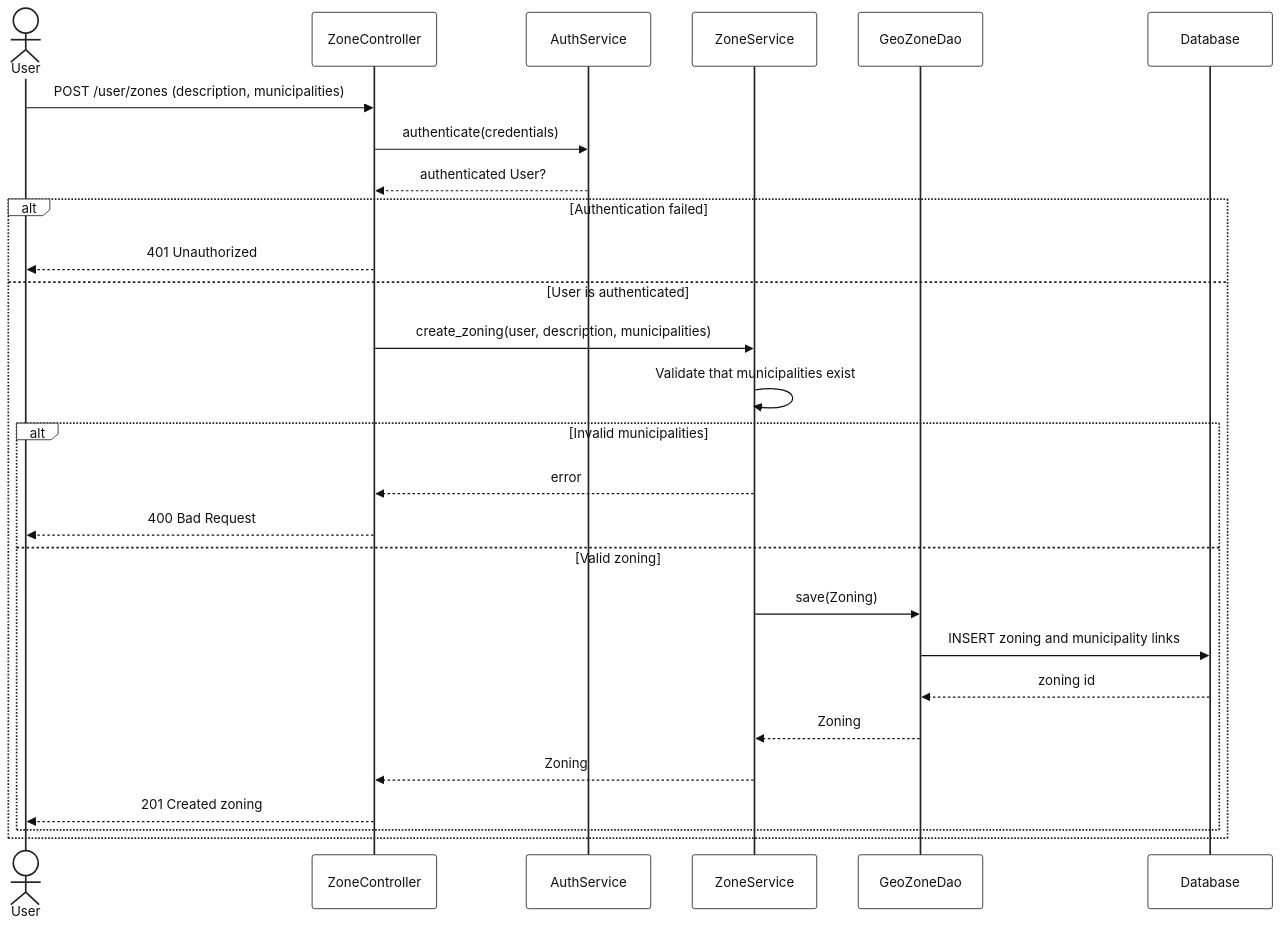
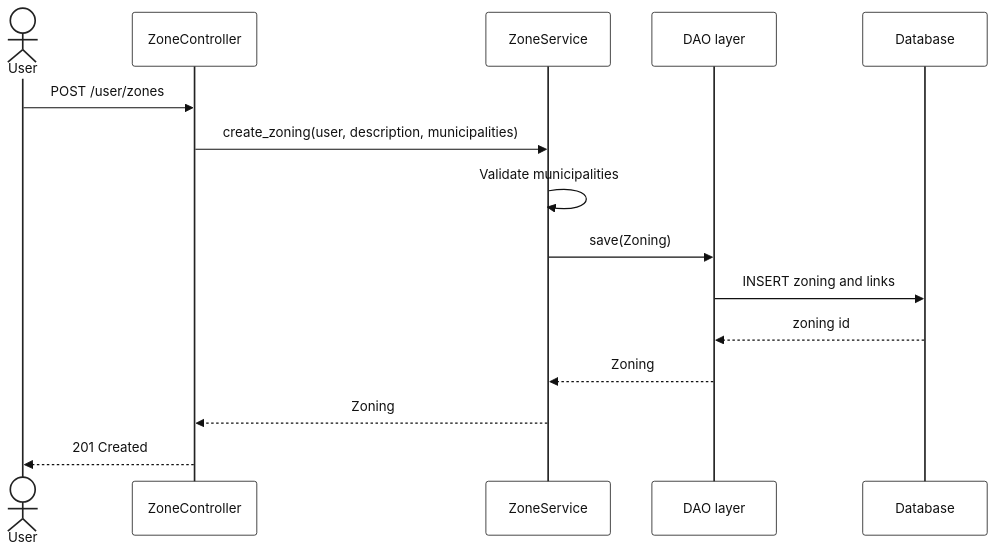
The sixth of 8 diagrams in doc/sequence_diagram.md (gabriel-dahan/ensai-it-project-2a-team12), drawn with Mermaid before and after one commit. The commit also changed other lines of this file and 18 other files, not shown here.

Commit message:
Simplified sequence diagrams

````diff
--- a/doc/sequence_diagram.md
+++ b/doc/sequence_diagram.md
@@ -421,65 +341,52 @@
 ```mermaid
 %%{
   init: {
     "theme": "base",
     "themeVariables": {
       "background": "#ffffff",
       "mainBkg": "#ffffff",
       "textColor": "#111111",
       "primaryColor": "#ffffff",
       "primaryTextColor": "#111111",
       "primaryBorderColor": "#222222",
       "secondaryColor": "#f3f4f6",
       "tertiaryColor": "#ffffff",
       "lineColor": "#222222",
       "actorBkg": "#ffffff",
       "actorBorder": "#222222",
       "actorTextColor": "#111111",
       "actorLineColor": "#222222",
       "signalColor": "#111111",
       "signalTextColor": "#111111",
       "labelBoxBkgColor": "#ffffff",
       "labelBoxBorderColor": "#222222",
       "labelTextColor": "#111111",
       "loopTextColor": "#111111",
       "noteBkgColor": "#fff3cd",
       "noteTextColor": "#111111",
       "noteBorderColor": "#222222",
       "activationBkgColor": "#e5e7eb",
       "activationBorderColor": "#222222",
       "sequenceNumberColor": "#ffffff",
       "fontFamily": "arial",
       "fontSize": "16px"
     }
   }
 }%%
 sequenceDiagram
     actor User
     participant Controller as ZoneController
-    participant AuthSvc as AuthService
-    participant ZoneSvc as ZoneService
-    participant ZoneDao as GeoZoneDao
+    participant Service as ZoneService
+    participant DAO as DAO layer
     participant DB as Database
 
-    User->>Controller: POST /user/zones (description, municipalities)
-    Controller->>AuthSvc: authenticate(credentials)
-    AuthSvc-->>Controller: authenticated User?
-
-    alt Authentication failed
-        Controller-->>User: 401 Unauthorized
-    else User is authenticated
-        Controller->>ZoneSvc: create_zoning(user, description, municipalities)
-        ZoneSvc->>ZoneSvc: Validate that municipalities exist
-        alt Invalid municipalities
-            ZoneSvc-->>Controller: error
-            Controller-->>User: 400 Bad Request
-        else Valid zoning
-            ZoneSvc->>ZoneDao: save(Zoning)
-            ZoneDao->>DB: INSERT zoning and municipality links
-            DB-->>ZoneDao: zoning id
-            ZoneDao-->>ZoneSvc: Zoning
-            ZoneSvc-->>Controller: Zoning
-            Controller-->>User: 201 Created zoning
-        end
-    end
+    User->>Controller: POST /user/zones
+    Controller->>Service: create_zoning(user, description, municipalities)
+    Service->>Service: Validate municipalities
+    Service->>DAO: save(Zoning)
+    DAO->>DB: INSERT zoning and links
+    DB-->>DAO: zoning id
+    DAO-->>Service: Zoning
+    Service-->>Controller: Zoning
+    Controller-->>User: 201 Created
 ```
````
